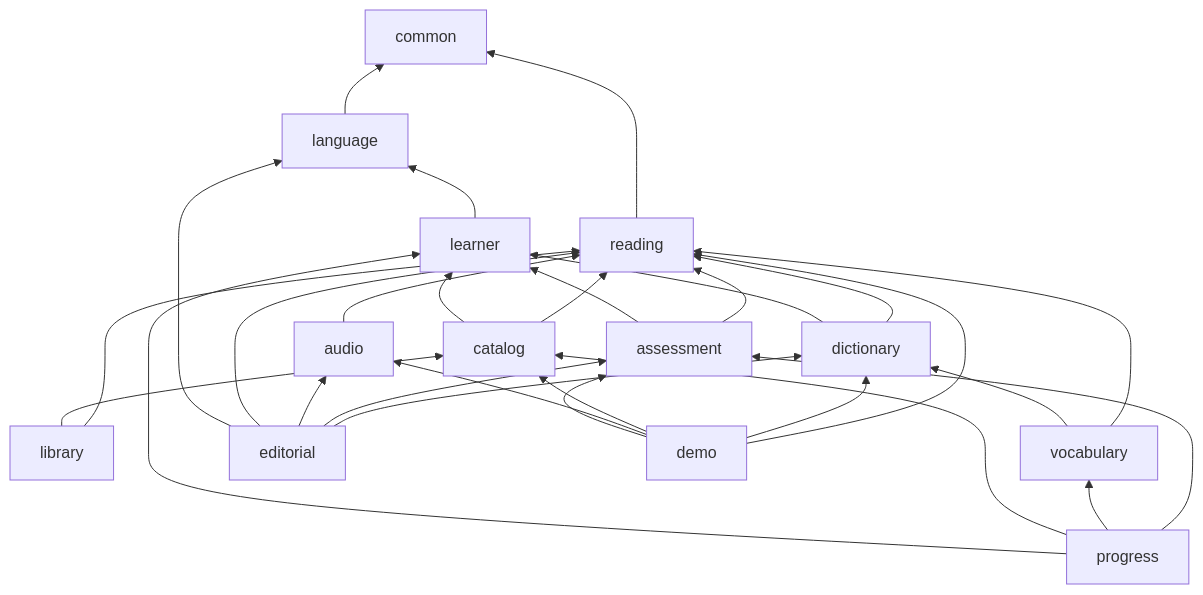
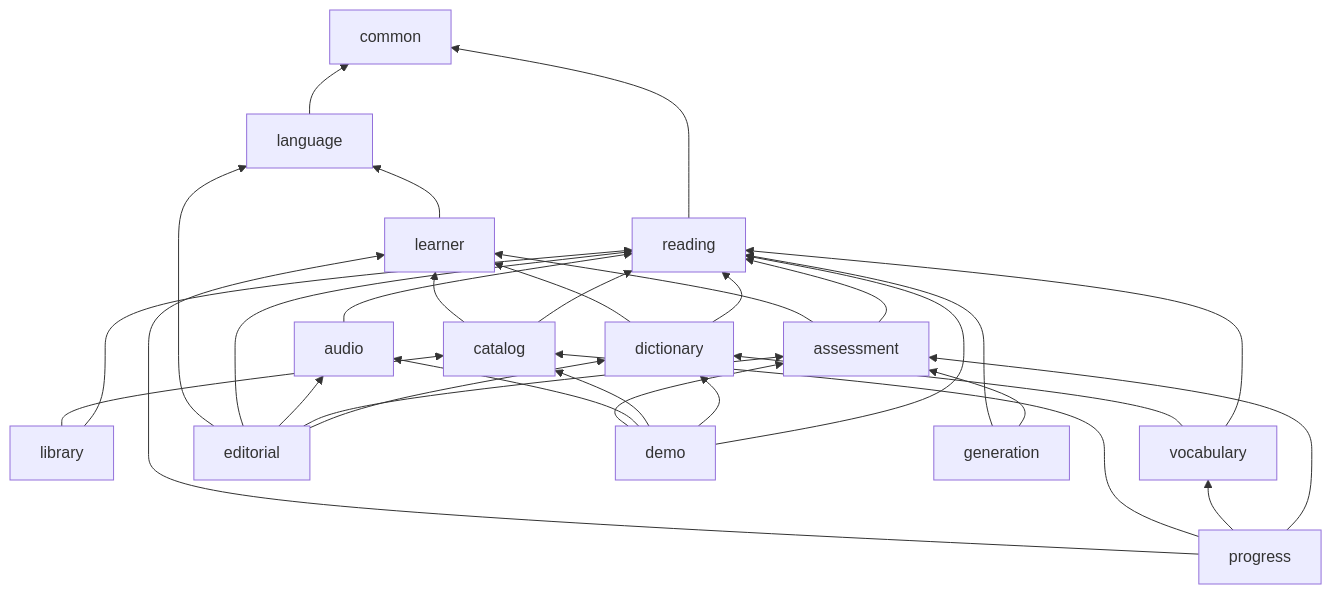
The second of 2 diagrams in docs/architecture/overview.md (wasichai/lesen), drawn with Mermaid before and after one commit. The commit also changed other lines of this file and 20 other files, not shown here.

````diff
--- a/docs/architecture/overview.md
+++ b/docs/architecture/overview.md
@@ -44,16 +44,17 @@
 ```mermaid
 flowchart BT
   common
   language --> common
   learner --> language
   reading --> common
   catalog --> learner & reading
   dictionary --> learner & reading
   library --> catalog & reading
   vocabulary --> dictionary & reading
   audio --> reading
   assessment --> learner & reading
   progress --> learner & catalog & vocabulary & assessment
   editorial --> language & reading & audio & assessment & dictionary
   demo --> assessment & audio & catalog & dictionary & reading
+  generation --> reading & assessment
 ```
````
